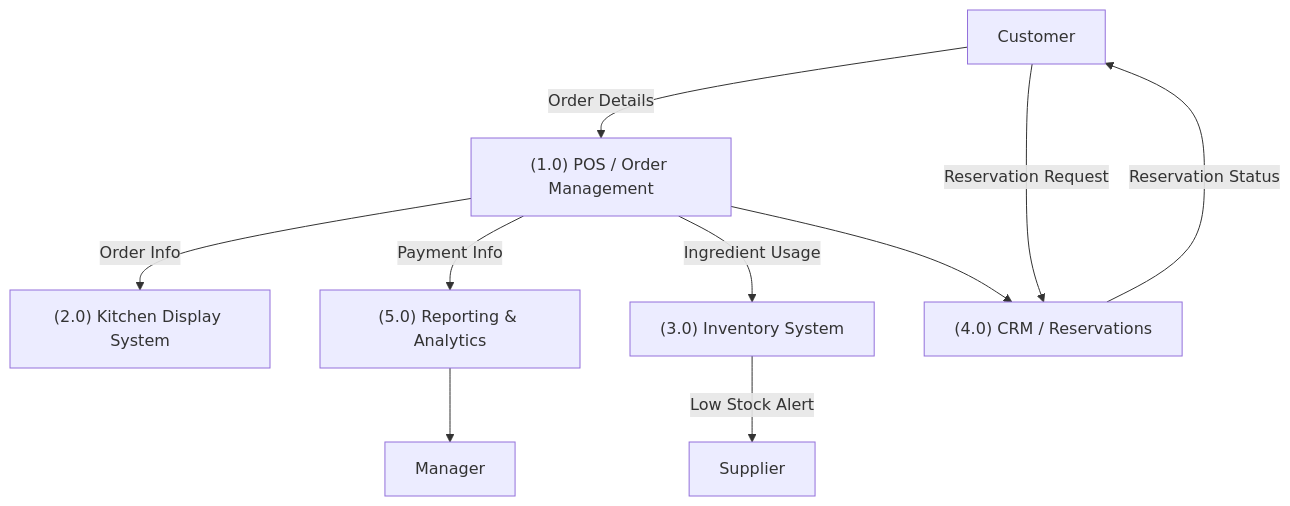
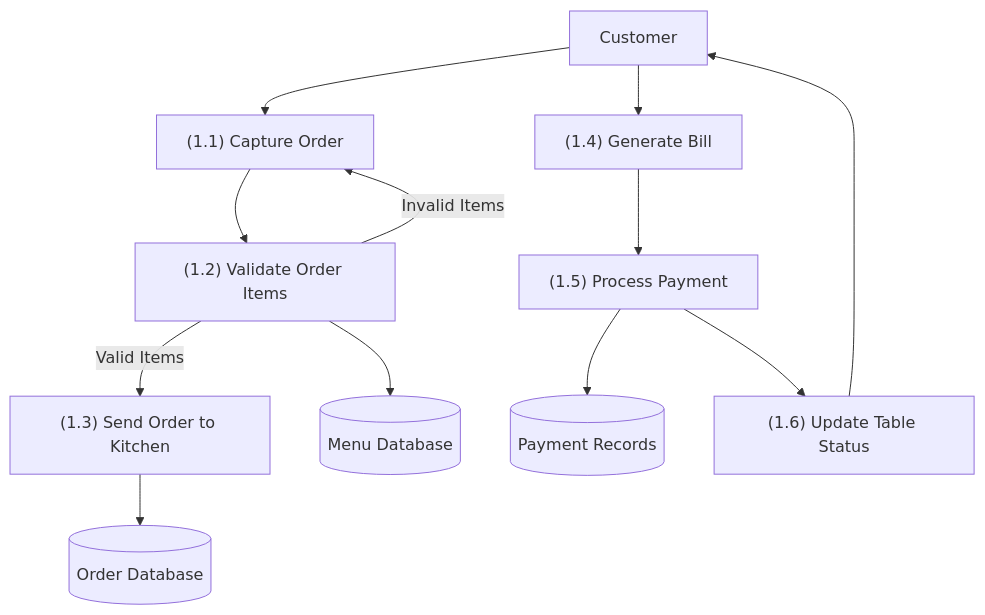
One commit to Sumanchatterje/Genetic changed the diagram in README.md. Above: the diagram before and after it, drawn with Mermaid.

````diff
--- a/README.md
+++ b/README.md
@@ -1,16 +1,34 @@
 ```mermaid
 flowchart TD
 
-    Customer -->|Order Details| POS["(1.0) POS / Order Management"]
-    POS -->|Order Info| KDS["(2.0) Kitchen Display System"]
-    POS -->|Payment Info| Reporting["(5.0) Reporting & Analytics"]
+    %% External Entity
+    Customer["Customer"]
 
-    POS -->|Ingredient Usage| Inventory["(3.0) Inventory System"]
-    Inventory -->|Low Stock Alert| Supplier["Supplier"]
+    %% Subprocesses
+    A["(1.1) Capture Order"]
+    B["(1.2) Validate Order Items"]
+    C["(1.3) Send Order to Kitchen"]
+    D["(1.4) Generate Bill"]
+    E["(1.5) Process Payment"]
+    F["(1.6) Update Table Status"]
 
-    Customer -->|Reservation Request| CRM["(4.0) CRM / Reservations"]
-    CRM -->|Reservation Status| Customer
+    %% Data Stores
+    MenuDB[("Menu Database")]
+    OrderDB[("Order Database")]
+    PaymentDB[("Payment Records")]
 
-    POS --> CRM
-    Reporting --> Manager["Manager"]
+    %% Flow
+    Customer --> A
+    A --> B
+    B -->|Valid Items| C
+    B -->|Invalid Items| A
+
+    B --> MenuDB
+    C --> OrderDB
+
+    Customer --> D
+    D --> E --> PaymentDB
+
+    E --> F
+    F --> Customer
 ```
````
